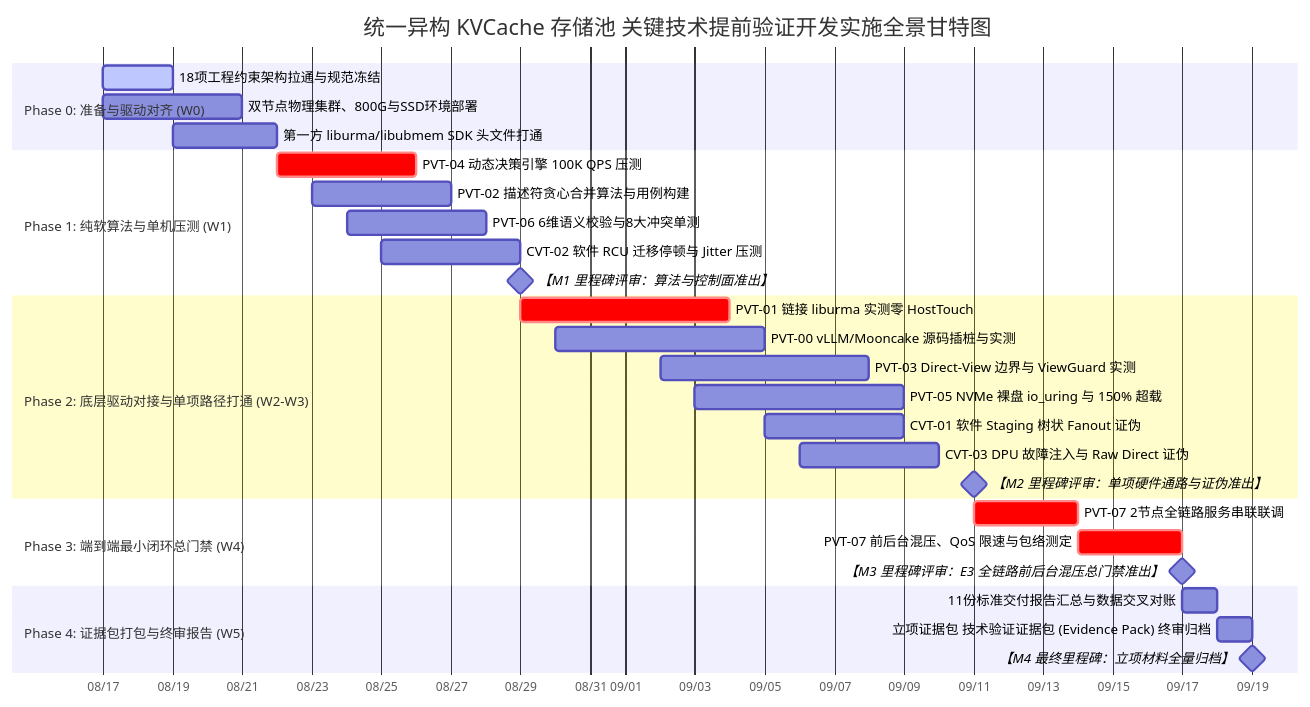
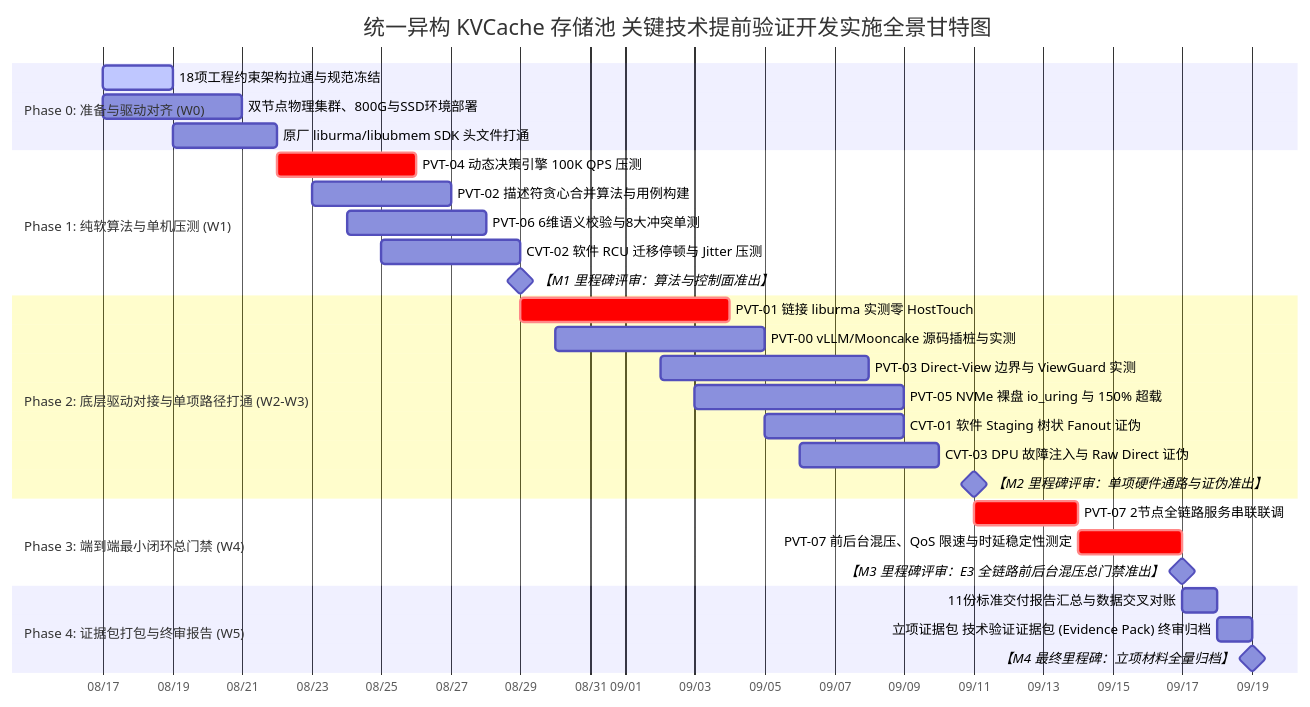
The diagram in kvcache/unified_kv_memory/提前验证方案设计/验证计划方案设计/统一异构KVCache存储池_关键技术提前验证开发实施计划书.md (stonetree/reports), drawn with Mermaid before and after one commit. The commit also changed other lines of this file and 4 other files, not shown here.

````diff
--- a/kvcache/unified_kv_memory/提前验证方案设计/验证计划方案设计/统一异构KVCache存储池_关键技术提前验证开发实施计划书.md
+++ b/kvcache/unified_kv_memory/提前验证方案设计/验证计划方案设计/统一异构KVCache存储池_关键技术提前验证开发实施计划书.md
@@ -136,37 +136,37 @@
 ```mermaid
 gantt
     title 统一异构 KVCache 存储池 关键技术提前验证开发实施全景甘特图
     dateFormat  YYYY-MM-DD
     axisFormat  %m/%d
     
     section Phase 0: 准备与驱动对齐 (W0)
     18项工程约束架构拉通与规范冻结      :active, m0_1, 2026-08-17, 2026-08-19
     双节点物理集群、800G与SSD环境部署   :m0_2, 2026-08-17, 2026-08-21
-    第一方 liburma/libubmem SDK 头文件打通:m0_3, 2026-08-19, 2026-08-22
+    原厂 liburma/libubmem SDK 头文件打通:m0_3, 2026-08-19, 2026-08-22
     
     section Phase 1: 纯软算法与单机压测 (W1)
     PVT-04 动态决策引擎 100K QPS 压测  :crit, p1_1, 2026-08-22, 2026-08-26
     PVT-02 描述符贪心合并算法与用例构建:p1_2, 2026-08-23, 2026-08-27
     PVT-06 6维语义校验与8大冲突单测   :p1_3, 2026-08-24, 2026-08-28
     CVT-02 软件 RCU 迁移停顿与 Jitter 压测:p1_4, 2026-08-25, 2026-08-29
     【M1 里程碑评审：算法与控制面准出】  :milestone, m1, 2026-08-29, 0d
 
     section Phase 2: 底层驱动对接与单项路径打通 (W2-W3)
     PVT-01 链接 liburma 实测零 HostTouch  :crit, p2_1, 2026-08-29, 2026-09-04
     PVT-00 vLLM/Mooncake 源码插桩与实测  :p2_2, 2026-08-30, 2026-09-05
     PVT-03 Direct-View 边界与 ViewGuard 实测:p2_3, 2026-09-02, 2026-09-08
     PVT-05 NVMe 裸盘 io_uring 与 150% 超载:p2_4, 2026-09-03, 2026-09-09
     CVT-01 软件 Staging 树状 Fanout 证伪  :p2_5, 2026-09-05, 2026-09-09
     CVT-03 DPU 故障注入与 Raw Direct 证伪 :p2_6, 2026-09-06, 2026-09-10
     【M2 里程碑评审：单项硬件通路与证伪准出】:milestone, m2, 2026-09-11, 0d
 
     section Phase 3: 端到端最小闭环总门禁 (W4)
     PVT-07 2节点全链路服务串联联调      :crit, p3_1, 2026-09-11, 2026-09-14
-    PVT-07 前后台混压、QoS 限速与包络测定:crit, p3_2, 2026-09-14, 2026-09-17
+    PVT-07 前后台混压、QoS 限速与时延稳定性测定:crit, p3_2, 2026-09-14, 2026-09-17
     【M3 里程碑评审：E3 全链路前后台混压总门禁准出】 :milestone, m3, 2026-09-17, 0d
 
     section Phase 4: 证据包打包与终审报告 (W5)
     11份标准交付报告汇总与数据交叉对账  :p4_1, 2026-09-17, 2026-09-18
     立项证据包 技术验证证据包 (Evidence Pack) 终审归档   :p4_2, 2026-09-18, 2026-09-19
     【M4 最终里程碑：立项材料全量归档】 :milestone, m4, 2026-09-19, 0d
 ```
````
